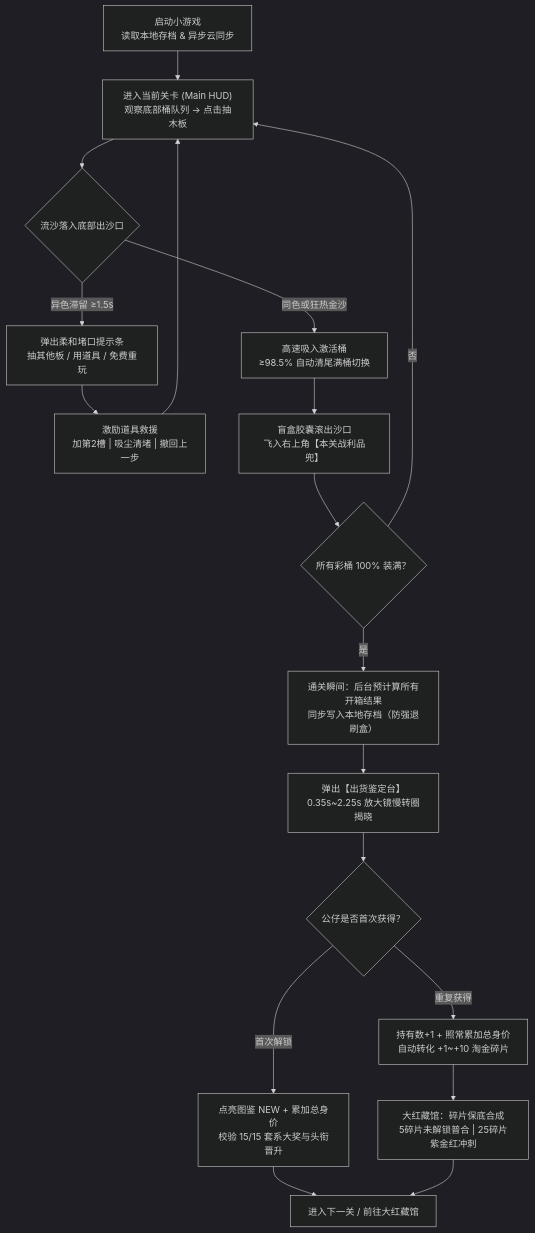
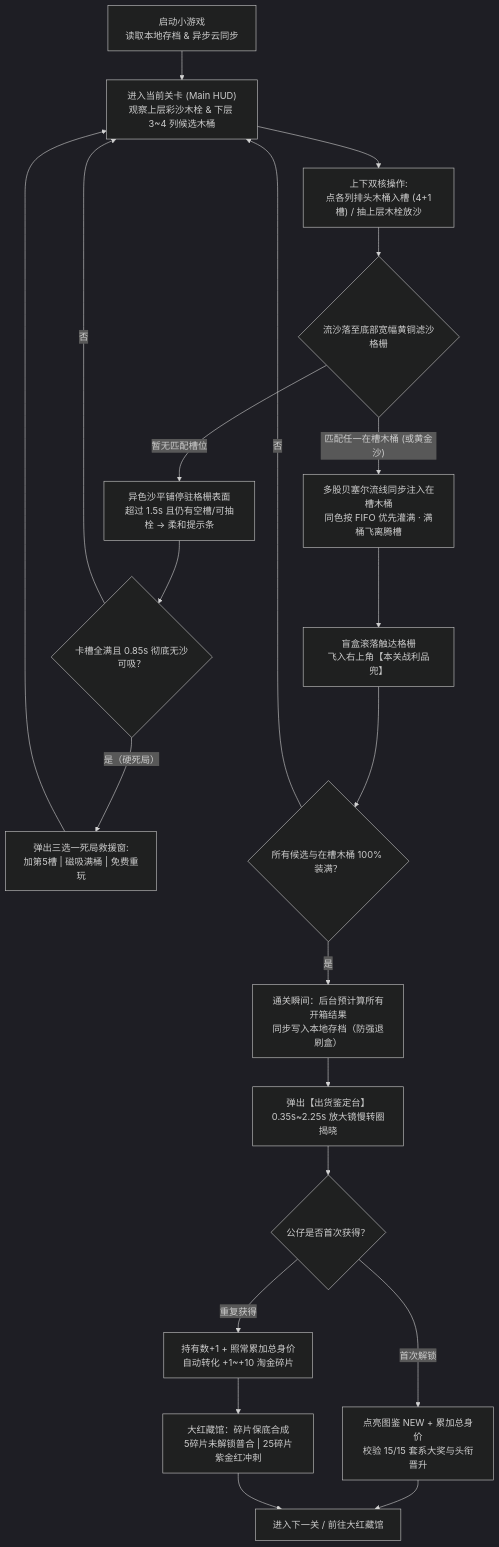
Before and after one commit to 948049716/sha-li-tao-da-hong: the first of 2 diagrams in docs/功能需求文档_PRD_v1.0.md, drawn with Mermaid (dark theme). The commit also changed other lines of this file and 52 other files, not shown here.

````diff
--- a/docs/功能需求文档_PRD_v1.0.md
+++ b/docs/功能需求文档_PRD_v1.0.md
@@ -27,20 +27,23 @@
 ```mermaid
 flowchart TD
-    Boot["启动小游戏\n读取本地存档 & 异步云同步"] --> Play["进入当前关卡 (Main HUD)\n观察底部桶队列 -> 点击抽木板"]
-    Play --> CheckFlow{"流沙落入底部出沙口"}
-    CheckFlow -- "同色或狂热金沙" --> Suck["高速吸入激活桶\n≥98.5% 自动清尾满桶切换"]
-    CheckFlow -- "异色滞留 ≥1.5s" --> Clog["弹出柔和堵口提示条\n抽其他板 / 用道具 / 免费重玩"]
-    Clog --> Props["激励道具救援\n加第2槽 | 吸尘清堵 | 撤回上一步"]
-    Props --> Play
-    Suck --> BoxDrop["盲盒胶囊滚出沙口\n飞入右上角【本关战利品兜】"]
-    BoxDrop --> AllFull{"所有彩桶 100% 装满？"}
+    Boot["启动小游戏\n读取本地存档 & 异步云同步"] --> Play["进入当前关卡 (Main HUD)\n观察上层彩沙木栓 & 下层 3~4 列候选木桶"]
+    Play --> Action["上下双核操作:\n点各列排头木桶入槽 (4+1槽) / 抽上层木栓放沙"]
+    Action --> CheckFlow{"流沙落至底部宽幅黄铜滤沙格栅"}
+    CheckFlow -- "匹配任一在槽木桶 (或黄金沙)" --> Suck["多股贝塞尔流线同步注入在槽木桶\n同色按 FIFO 优先灌满 · 满桶飞离腾槽"]
+    CheckFlow -- "暂无匹配槽位" --> Rest["异色沙平铺停驻格栅表面\n超过 1.5s 且仍有空槽/可抽栓 → 柔和提示条"]
+    Rest --> Deadlock{"卡槽全满且 0.85s 彻底无沙可吸？"}
+    Deadlock -- "是（硬死局）" --> Rescue["弹出三选一死局救援窗:\n加第5槽 | 磁吸满桶 | 免费重玩"]
+    Deadlock -- "否" --> Play
+    Rescue --> Play
+    Suck --> BoxDrop["盲盒滚落触达格栅\n飞入右上角【本关战利品兜】"]
+    BoxDrop --> AllFull{"所有候选与在槽木桶 100% 装满？"}
     AllFull -- "否" --> Play
     AllFull -- "是" --> PreRoll["通关瞬间：后台预计算所有开箱结果\n同步写入本地存档（防强退刷盒）"]
     PreRoll --> Appraisal["弹出【出货鉴定台】\n0.35s~2.25s 放大镜慢转圈揭晓"]
     Appraisal --> Settle{"公仔是否首次获得？"}
     Settle -- "首次解锁" --> NewFig["点亮图鉴 NEW + 累加总身价\n校验 15/15 套系大奖与头衔晋升"]
     Settle -- "重复获得" --> DupFig["持有数+1 + 照常累加总身价\n自动转化 +1~+10 淘金碎片"]
     NewFig --> NextOrGal["进入下一关 / 前往大红藏馆"]
     DupFig --> Synth["大红藏馆：碎片保底合成\n5碎片未解锁普合 | 25碎片紫金红冲刺"]
     Synth --> NextOrGal
 ```
````
